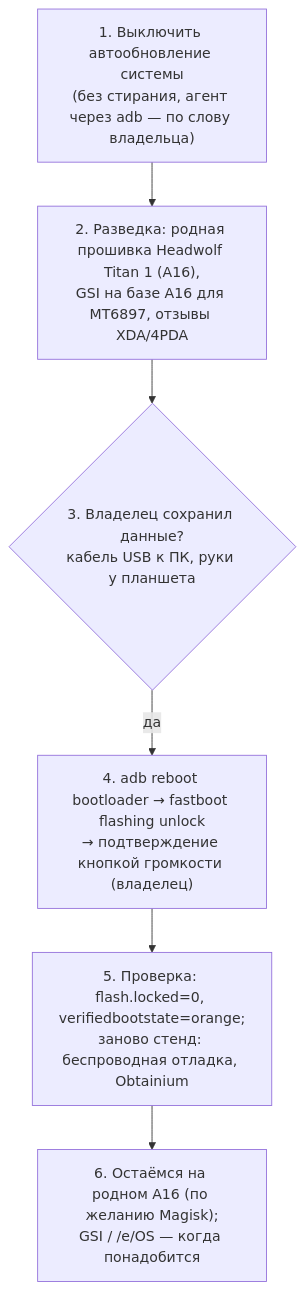
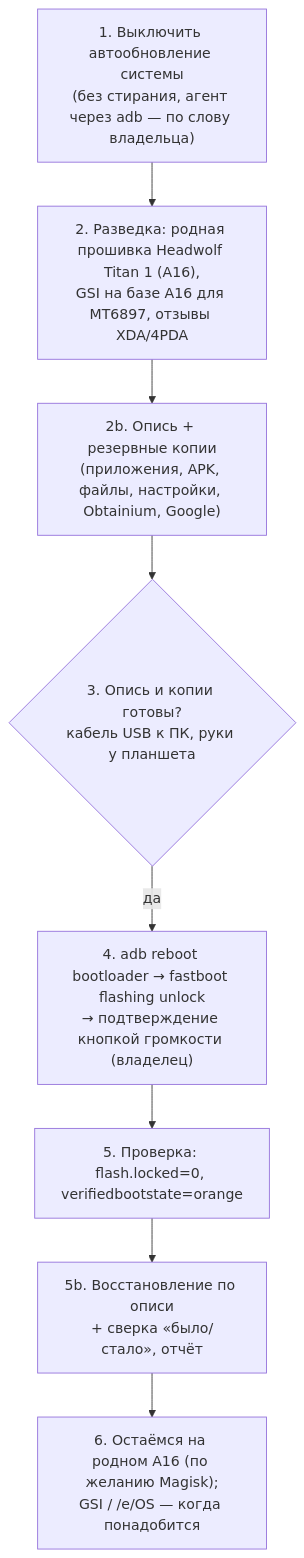
Before and after one commit to MikalaiKryvusha/KAST: the diagram in plans/18_titan_bootloader_unlock.md, drawn with Mermaid. The commit also changed other lines of this file, not shown here.

Commit message:
docs(plans): 18 - owner: restore Titan as fully as possible after the wipe (inventory before, restore by it, before/after check); answers on wipe, bootloader, GSI, ROM activity table

````diff
--- a/plans/18_titan_bootloader_unlock.md
+++ b/plans/18_titan_bootloader_unlock.md
@@ -45,9 +59,11 @@
 ```mermaid
 flowchart TD
   A["1. Выключить автообновление системы<br/>(без стирания, агент через adb — по слову владельца)"] --> B
-  B["2. Разведка: родная прошивка Headwolf Titan 1 (A16),<br/>GSI на базе A16 для MT6897, отзывы XDA/4PDA"] --> C
-  C{"3. Владелец сохранил данные?<br/>кабель USB к ПК, руки у планшета"} -- да --> D
+  B["2. Разведка: родная прошивка Headwolf Titan 1 (A16),<br/>GSI на базе A16 для MT6897, отзывы XDA/4PDA"] --> BK
+  BK["2b. Опись + резервные копии<br/>(приложения, APK, файлы, настройки, Obtainium, Google)"] --> C
+  C{"3. Опись и копии готовы?<br/>кабель USB к ПК, руки у планшета"} -- да --> D
   D["4. adb reboot bootloader → fastboot flashing unlock<br/>→ подтверждение кнопкой громкости (владелец)"] --> E
-  E["5. Проверка: flash.locked=0, verifiedbootstate=orange;<br/>заново стенд: беспроводная отладка, Obtainium"] --> F
+  E["5. Проверка: flash.locked=0, verifiedbootstate=orange"] --> RS
+  RS["5b. Восстановление по описи<br/>+ сверка «было/стало», отчёт"] --> F
   F["6. Остаёмся на родном A16 (по желанию Magisk);<br/>GSI / /e/OS — когда понадобится"]
 ```
````
